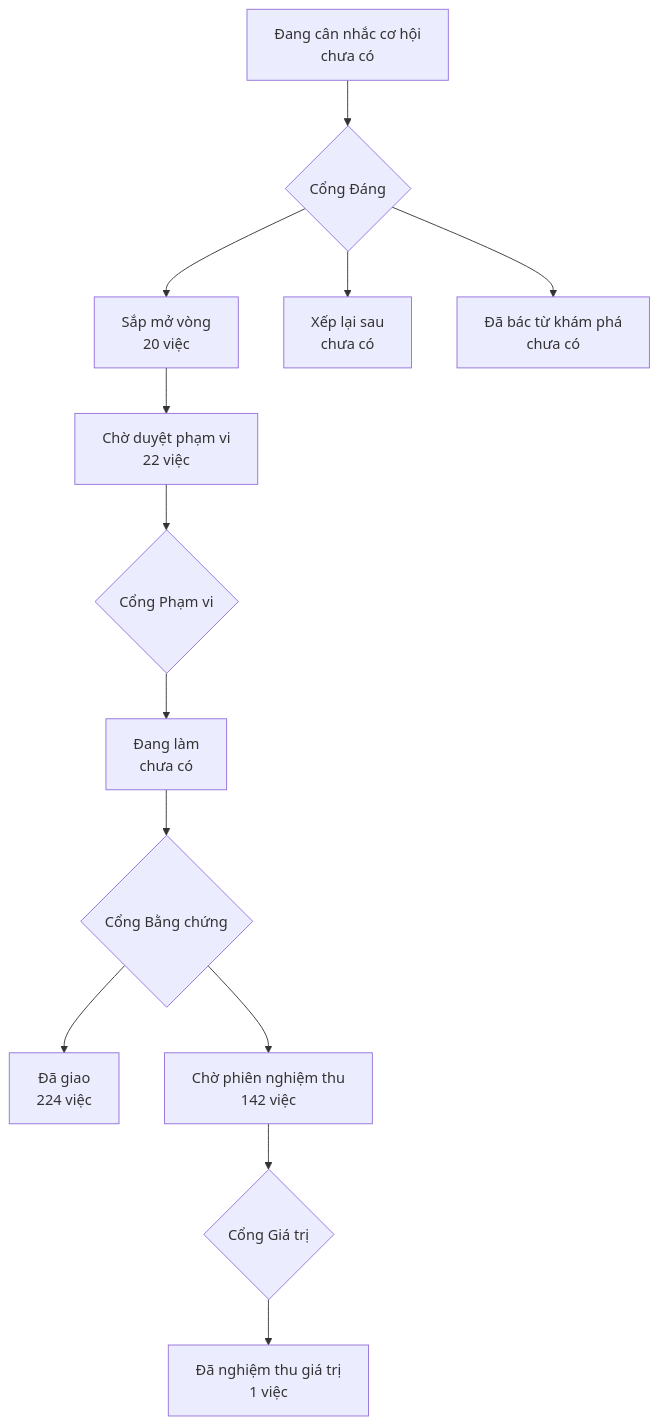
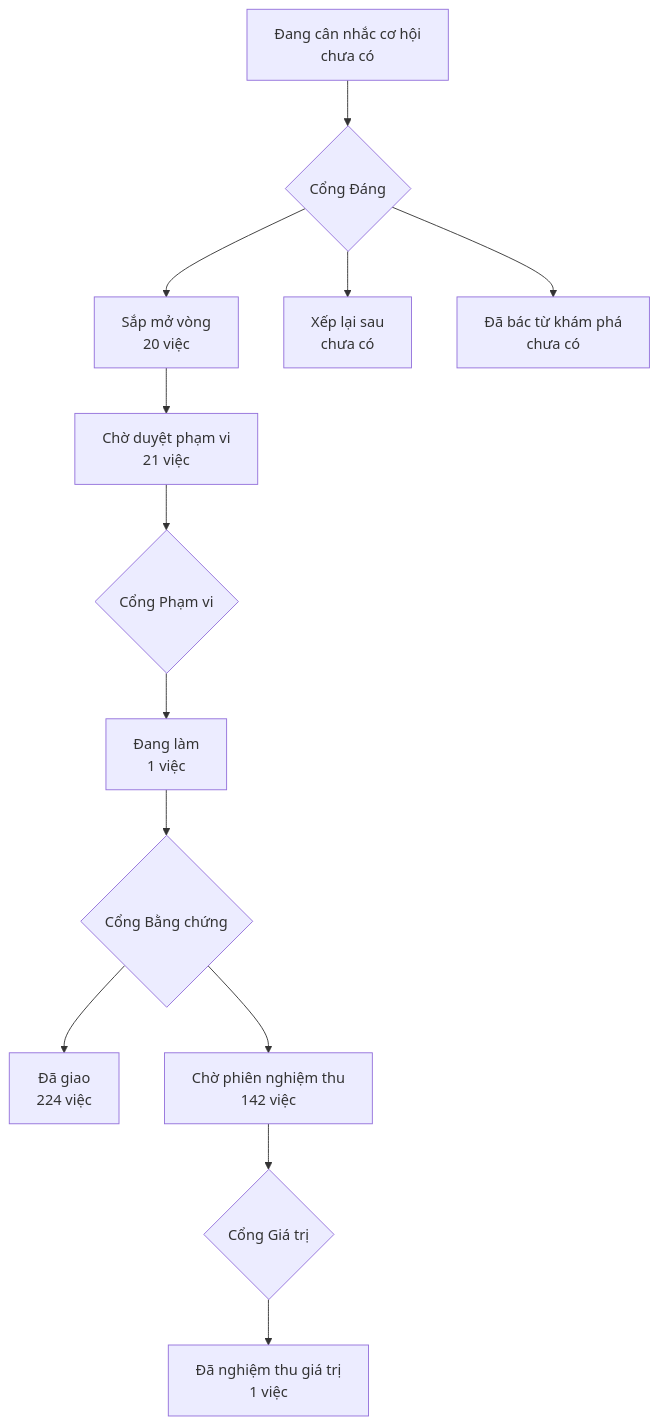
The diagram in PRODUCT-MAP.md (phanlemanh/onehub-invest), drawn with Mermaid before and after one commit. The commit also changed other lines of this file and 3 other files, not shown here.

Commit message:
docs(acceptance): HT9 db-thu-tach-khoi-cum-that — Cổng Phạm vi duyệt (Mạnh)

````diff
--- a/PRODUCT-MAP.md
+++ b/PRODUCT-MAP.md
@@ -7,12 +7,12 @@
 ```mermaid
 flowchart TD
   A["Đang cân nhắc cơ hội<br/>chưa có"] --> GD{"Cổng Đáng"}
   GD --> B["Sắp mở vòng<br/>20 việc"]
   GD --> XL["Xếp lại sau<br/>chưa có"]
   GD --> DB["Đã bác từ khám phá<br/>chưa có"]
-  B --> CD["Chờ duyệt phạm vi<br/>22 việc"] --> GP{"Cổng Phạm vi"}
-  GP --> DL["Đang làm<br/>chưa có"] --> GB{"Cổng Bằng chứng"}
+  B --> CD["Chờ duyệt phạm vi<br/>21 việc"] --> GP{"Cổng Phạm vi"}
+  GP --> DL["Đang làm<br/>1 việc"] --> GB{"Cổng Bằng chứng"}
   GB --> DG["Đã giao<br/>224 việc"]
   GB --> CN["Chờ phiên nghiệm thu<br/>142 việc"] --> GG{"Cổng Giá trị"}
   GG --> NT["Đã nghiệm thu giá trị<br/>1 việc"]
 ```
````
